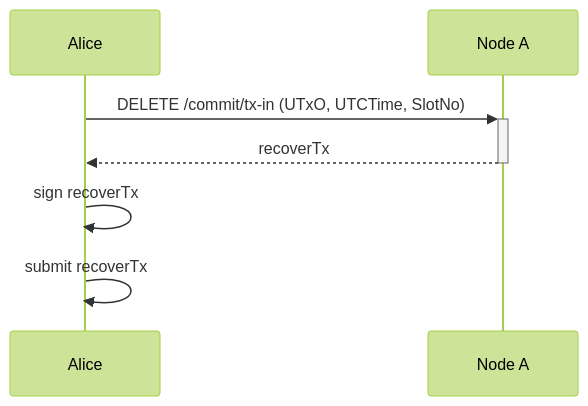
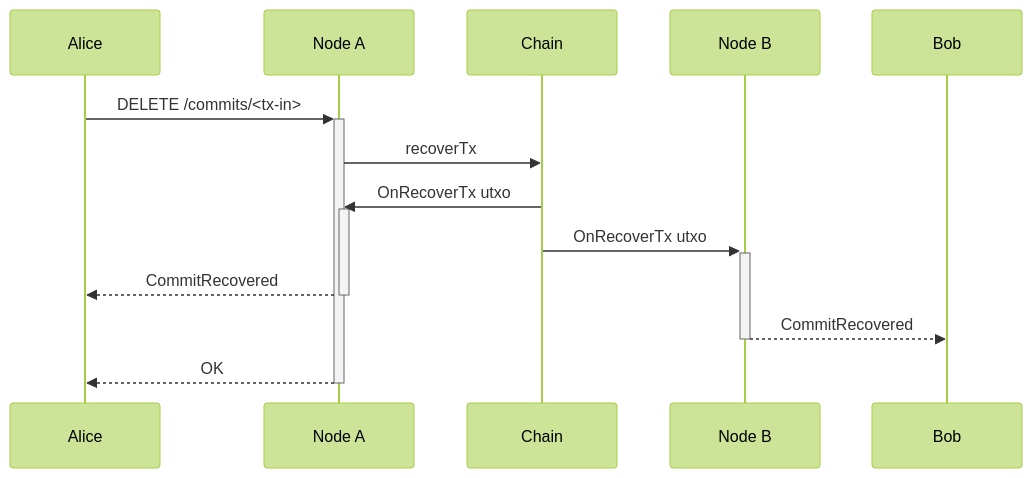
Before and after one commit to chrono-ranger742wc/hydra: the second of 3 diagrams in docs/docs/dev/protocol.md, drawn with Mermaid (forest theme). The commit also changed other lines of this file, not shown here.

````diff
--- a/docs/docs/dev/protocol.md
+++ b/docs/docs/dev/protocol.md
@@ -49,8 +49,11 @@
 ```mermaid
 sequenceDiagram
-    Alice->>+Node A: DELETE /commit/tx-in (UTxO, UTCTime, SlotNo)
-    Node A-->>-Alice: recoverTx
+    Alice->>+Node A: DELETE /commits/<tx-in>
+    Node A->>Chain: recoverTx
+    Chain ->>+ Node A: OnRecoverTx utxo
+    Chain ->>+ Node B: OnRecoverTx utxo
+    Node A -->>- Alice: CommitRecovered
+    Node B -->>- Bob: CommitRecovered
+    Node A-->>-Alice: OK
 
-    Alice ->> Alice: sign recoverTx
-    Alice ->> Alice: submit recoverTx
 ```
````
